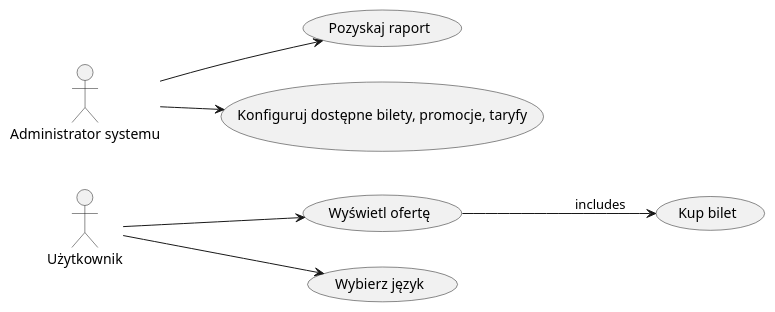
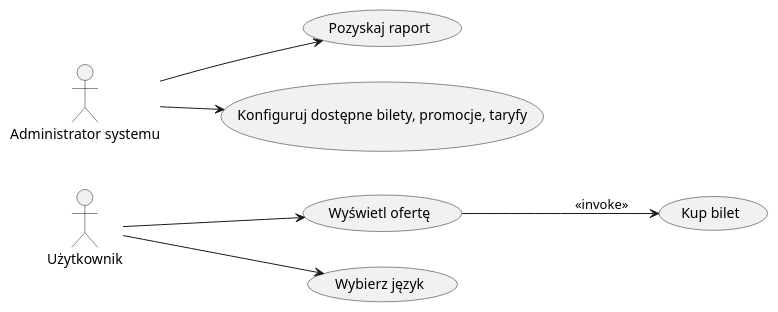
The diagram in usecase2.md (Namlev1/MWO), drawn with PlantUML before and after one commit. The commit also changed other lines of this file, not shown here.

Commit message:
Add <<invoke>>

````diff
--- a/usecase2.md
+++ b/usecase2.md
@@ -2,21 +2,20 @@
 ```plantUML
 @startuml
 left to right direction
 actor Użytkownik as u
 actor "Administrator systemu" as a
 
 usecase "Kup bilet" as UC1
 usecase "Wyświetl ofertę" as UC2
 usecase "Wybierz język" as UC3
 usecase "Pozyskaj raport" as UC4
 usecase "Konfiguruj dostępne bilety, promocje, taryfy" as UC5
 
 u --> UC2
-UC2 --> UC1 : includes
+UC2 --> UC1 : <<invoke>>
 u --> UC3
-'/UC2 --> sb
 a --> UC4
 a --> UC5
 
 @enduml
 ```
````
